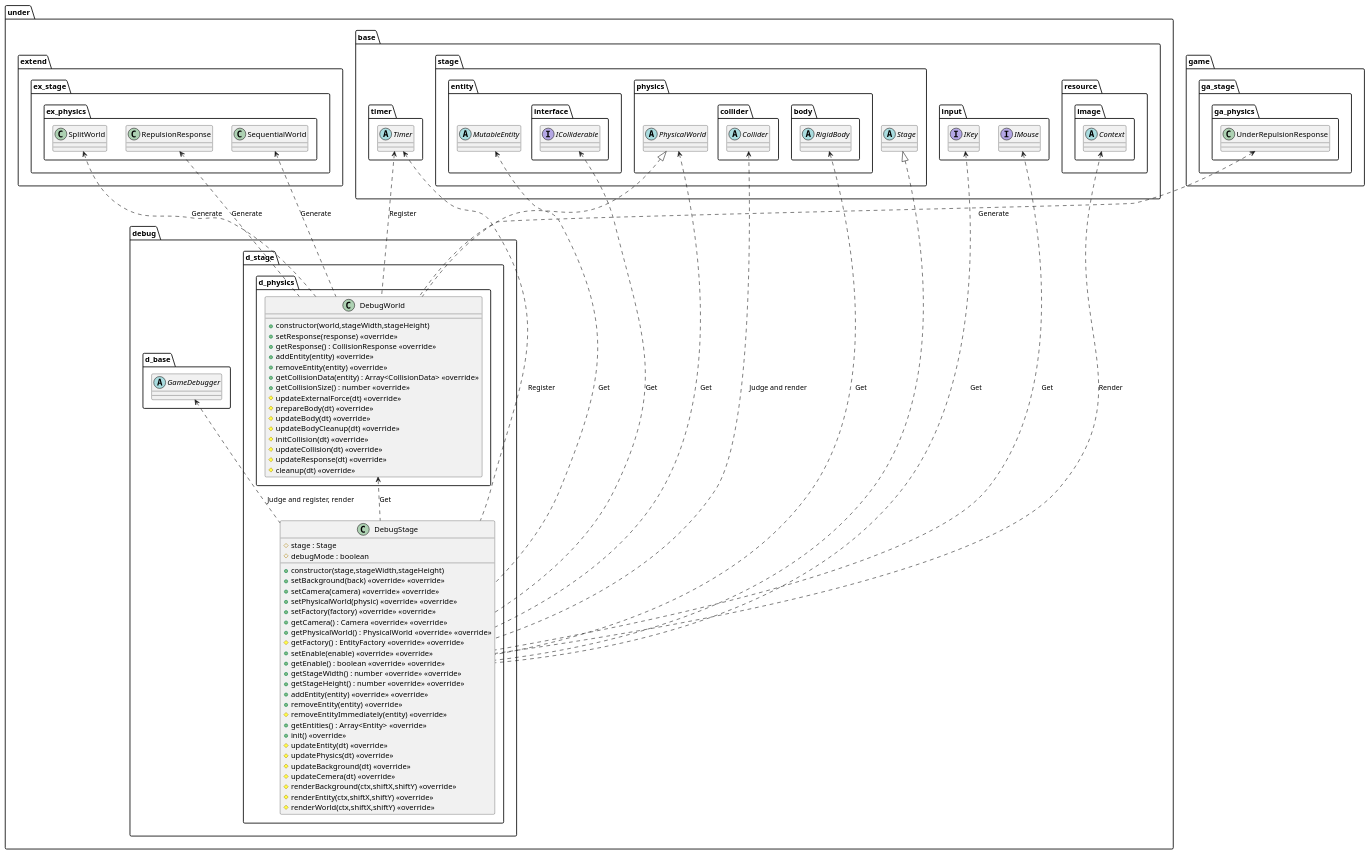
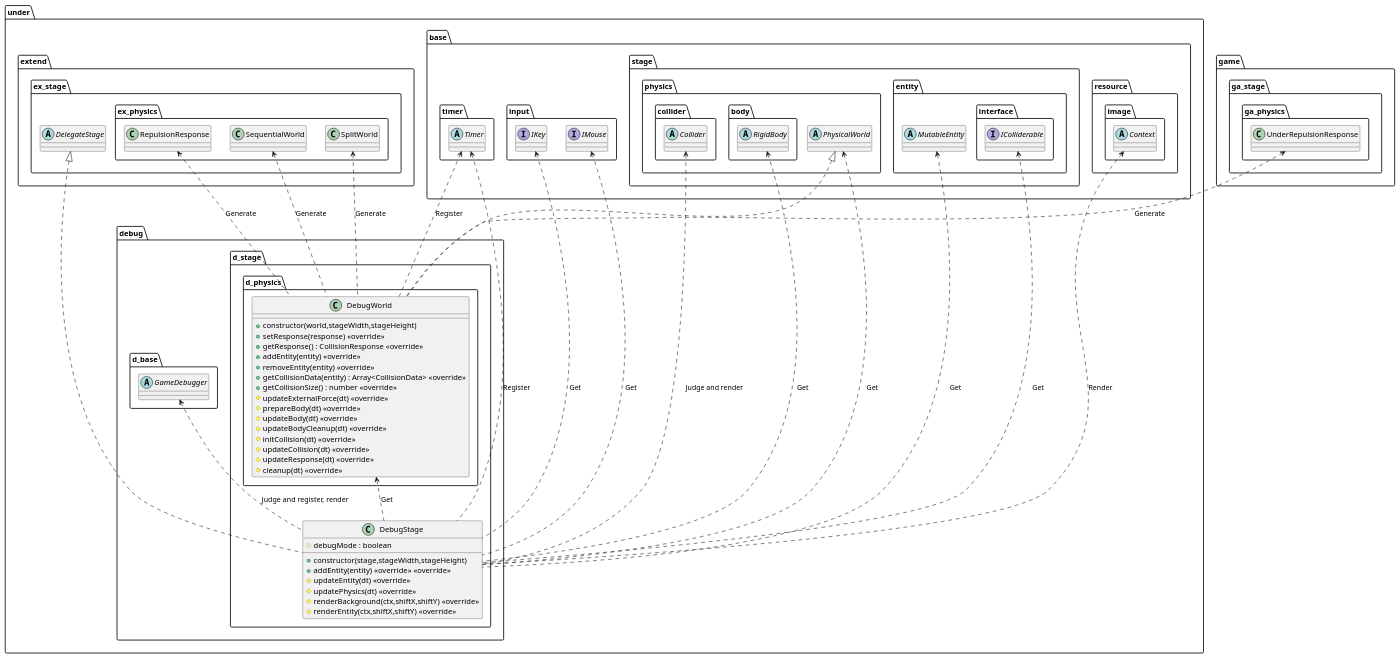
Before and after one commit to Expine/Under: the diagram in uml/debug/Stage.wsd, drawn with PlantUML. The commit also changed 23 other files, not shown here.

```diff
--- a/uml/debug/Stage.wsd
+++ b/uml/debug/Stage.wsd
@@ -1,135 +1,116 @@
 @startuml DebugStage
 
 package under {
     package debug {
         package d_stage {
             class DebugStage {
                 +constructor(stage,stageWidth,stageHeight)
-                #stage : Stage
                 #debugMode : boolean
-                +setBackground(back) <<override>> <<override>>
-                +setCamera(camera) <<override>> <<override>>
-                +setPhysicalWorld(physic) <<override>> <<override>>
-                +setFactory(factory) <<override>> <<override>>
-                +getCamera() : Camera <<override>> <<override>>
-                +getPhysicalWorld() : PhysicalWorld <<override>> <<override>>
-                #getFactory() : EntityFactory <<override>> <<override>>
-                +setEnable(enable) <<override>> <<override>>
-                +getEnable() : boolean <<override>> <<override>>
-                +getStageWidth() : number <<override>> <<override>>
-                +getStageHeight() : number <<override>> <<override>>
                 +addEntity(entity) <<override>> <<override>>
-                +removeEntity(entity) <<override>>
-                #removeEntityImmediately(entity) <<override>>
-                +getEntities() : Array<Entity> <<override>>
-                +init() <<override>>
                 #updateEntity(dt) <<override>>
                 #updatePhysics(dt) <<override>>
-                #updateBackground(dt) <<override>>
-                #updateCemera(dt) <<override>>
                 #renderBackground(ctx,shiftX,shiftY) <<override>>
                 #renderEntity(ctx,shiftX,shiftY) <<override>>
-                #renderWorld(ctx,shiftX,shiftY) <<override>>
             }
             package d_physics {
                 class DebugWorld {
                     +constructor(world,stageWidth,stageHeight)
                     +setResponse(response) <<override>>
                     +getResponse() : CollisionResponse <<override>>
                     +addEntity(entity) <<override>>
                     +removeEntity(entity) <<override>>
                     +getCollisionData(entity) : Array<CollisionData> <<override>>
                     +getCollisionSize() : number <<override>>
                     #updateExternalForce(dt) <<override>>
                     #prepareBody(dt) <<override>>
                     #updateBody(dt) <<override>>
                     #updateBodyCleanup(dt) <<override>>
                     #initCollision(dt) <<override>>
                     #updateCollision(dt) <<override>>
                     #updateResponse(dt) <<override>>
                     #cleanup(dt) <<override>>
                 }
             }
         }
     }
 }
 
 package under {
     package base {
         package input  {
             interface IKey
             interface IMouse
         }
         package resource {
             package image {
                 abstract Context
             }
         }
         package stage {
-            abstract Stage
             package entity {
                 abstract MutableEntity
                 package interface {
                     interface IColliderable
                 }
             }
             package physics  {
                 abstract PhysicalWorld
                 package collider {
                     abstract Collider
                 }
                 package body {
                     abstract RigidBody
                 }
             }
         }
         package timer {
             abstract Timer
         }
     }
     package debug {
         package d_base {
             abstract GameDebugger
         }
     }
     package extend {
         package ex_stage {
+            abstract DelegateStage
             package ex_physics {
                 class SequentialWorld
                 class SplitWorld
                 class RepulsionResponse
             }
         }
     }
 }
 
 package game {
     package ga_stage{
         package ga_physics {
             class UnderRepulsionResponse
         }
     }
 }
 
 Timer <... DebugStage : Register
 GameDebugger <.. DebugStage : Judge and register, render
 IKey <... DebugStage : Get
 IMouse <... DebugStage : Get
 MutableEntity <... DebugStage : Get
 Collider <... DebugStage : Judge and render
 IColliderable <... DebugStage : Get
 RigidBody <... DebugStage : Get
 Context <... DebugStage : Render
 PhysicalWorld <.. DebugStage : Get
 DebugWorld <.. DebugStage : Get
 
 Timer <.. DebugWorld : Register
 UnderRepulsionResponse <.. DebugWorld : Generate
 RepulsionResponse <.. DebugWorld : Generate
 SequentialWorld <.. DebugWorld : Generate
 SplitWorld <.. DebugWorld : Generate
 
-Stage <|.. DebugStage
+DelegateStage <|.. DebugStage
 PhysicalWorld <|.. DebugWorld
 
 @enduml
```
